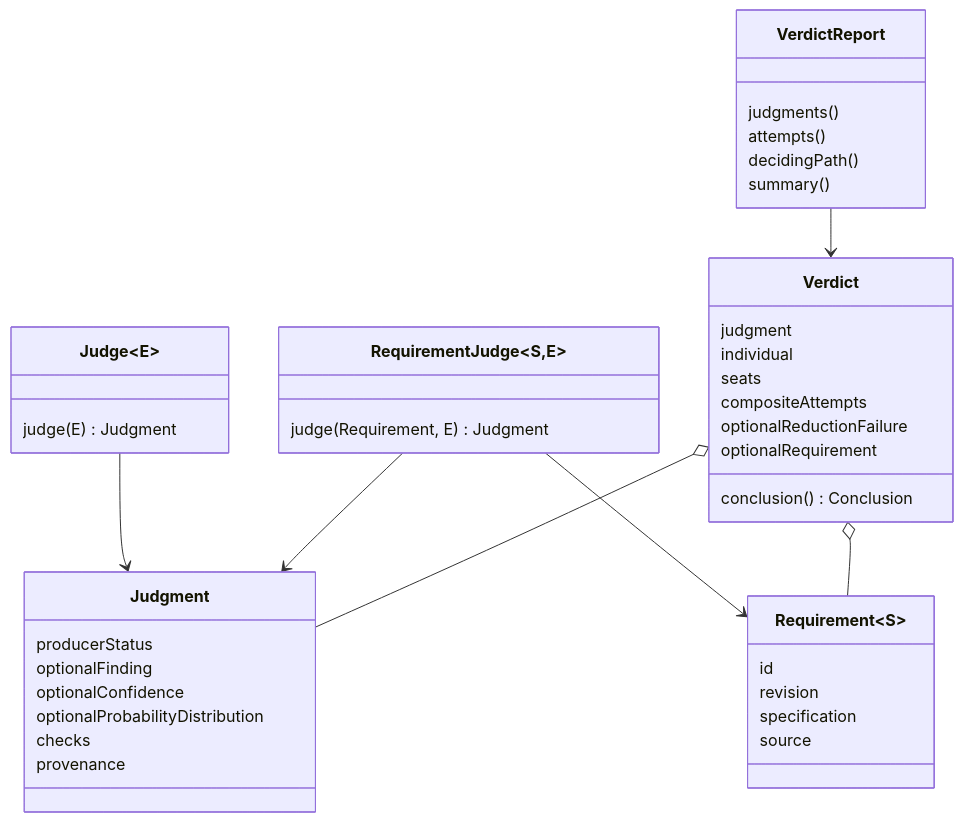
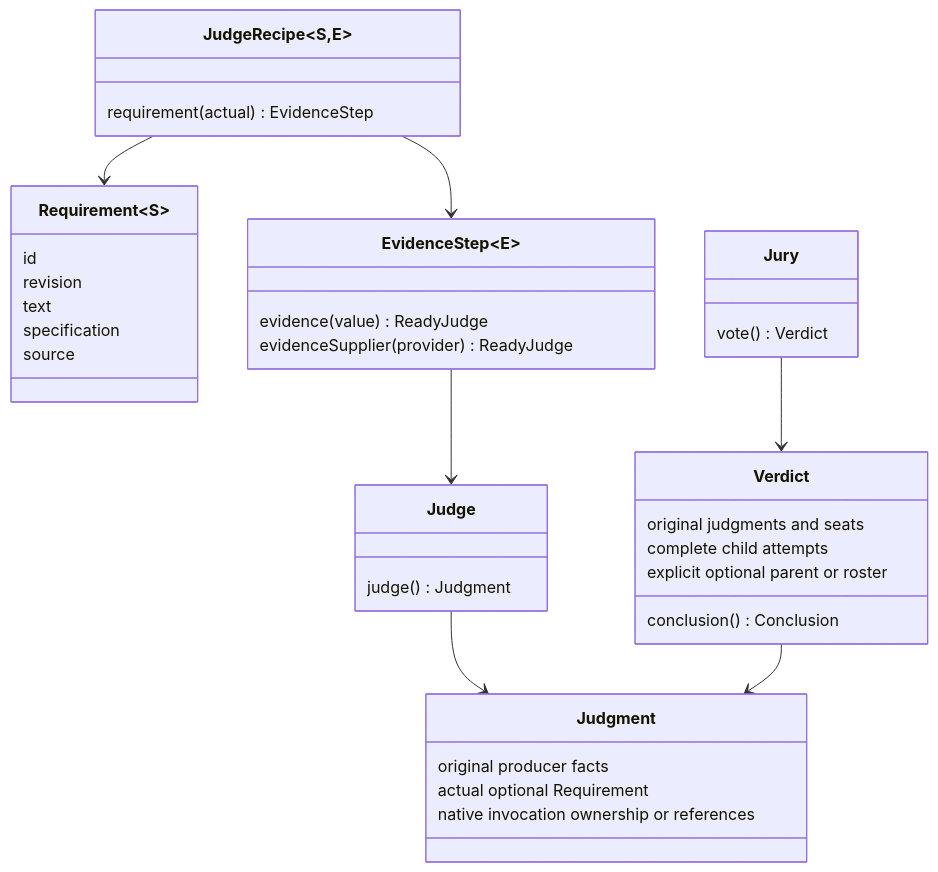
Before and after one commit to markpollack/agent-judge: the first of 3 diagrams in domain-model.md, drawn with Mermaid. The commit also changed other lines of this file and 254 other files, not shown here.

````diff
--- a/domain-model.md
+++ b/domain-model.md
@@ -5,44 +5,40 @@
 ```mermaid
 classDiagram
     class Requirement~S~ {
         id
         revision
+        text
         specification
         source
     }
-    class Judge~E~ {
-        judge(E) Judgment
+    class JudgeRecipe~S,E~ {
+        requirement(actual) EvidenceStep
     }
-    class RequirementJudge~S,E~ {
-        judge(Requirement, E) Judgment
+    class EvidenceStep~E~ {
+        evidence(value) ReadyJudge
+        evidenceSupplier(provider) ReadyJudge
+    }
+    class Judge {
+        judge() Judgment
+    }
+    class Jury {
+        vote() Verdict
     }
     class Judgment {
-        producerStatus
-        optionalFinding
-        optionalConfidence
-        optionalProbabilityDistribution
-        checks
-        provenance
+        original producer facts
+        actual optional Requirement
+        native invocation ownership or references
     }
     class Verdict {
-        judgment
-        individual
-        seats
-        compositeAttempts
-        optionalReductionFailure
-        optionalRequirement
+        original judgments and seats
+        complete child attempts
+        explicit optional parent or roster
         conclusion() Conclusion
     }
-    class VerdictReport {
-        judgments()
-        attempts()
-        decidingPath()
-        summary()
-    }
+    JudgeRecipe --> Requirement
+    JudgeRecipe --> EvidenceStep
+    EvidenceStep --> Judge
     Judge --> Judgment
-    RequirementJudge --> Requirement
-    RequirementJudge --> Judgment
-    Verdict o-- Judgment
-    Verdict o-- Requirement
-    VerdictReport --> Verdict
+    Jury --> Verdict
+    Verdict --> Judgment
 ```
````
